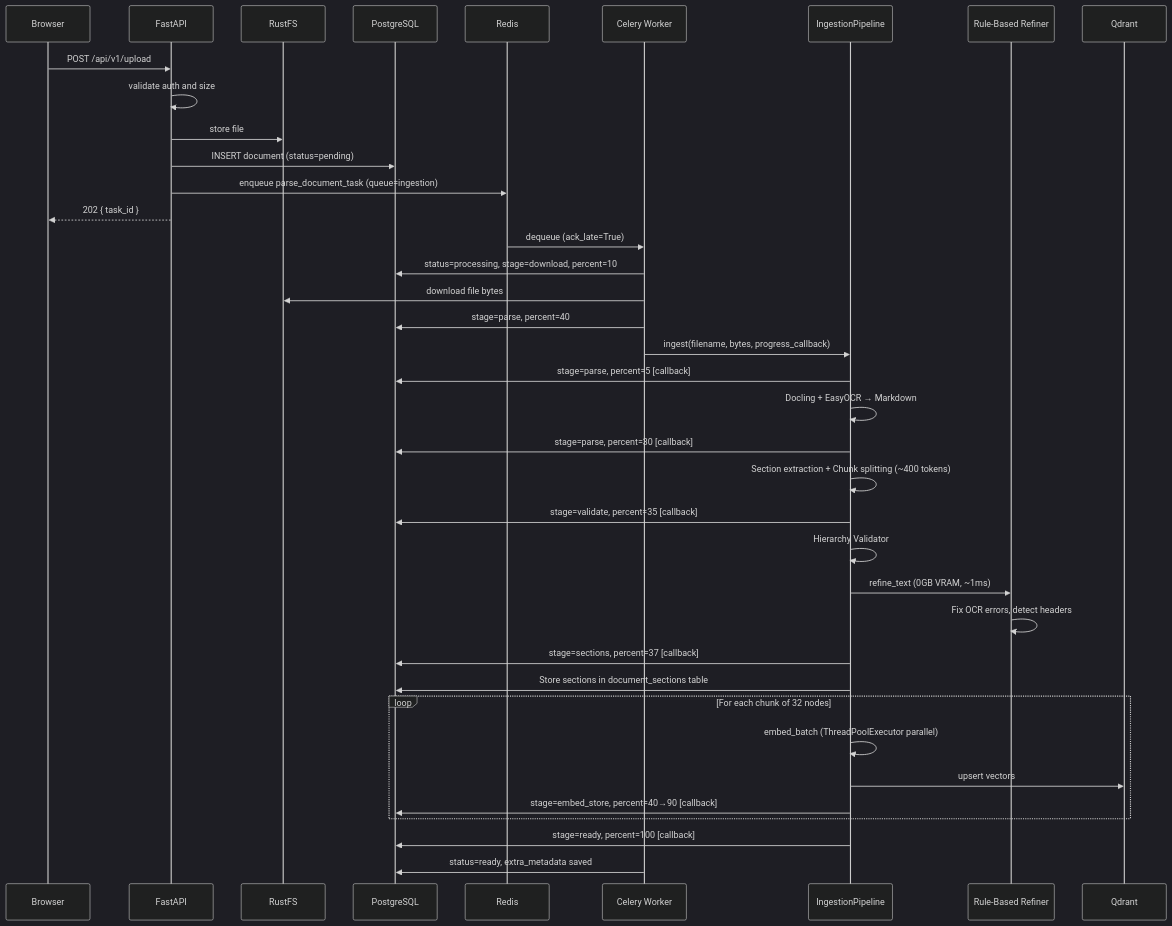
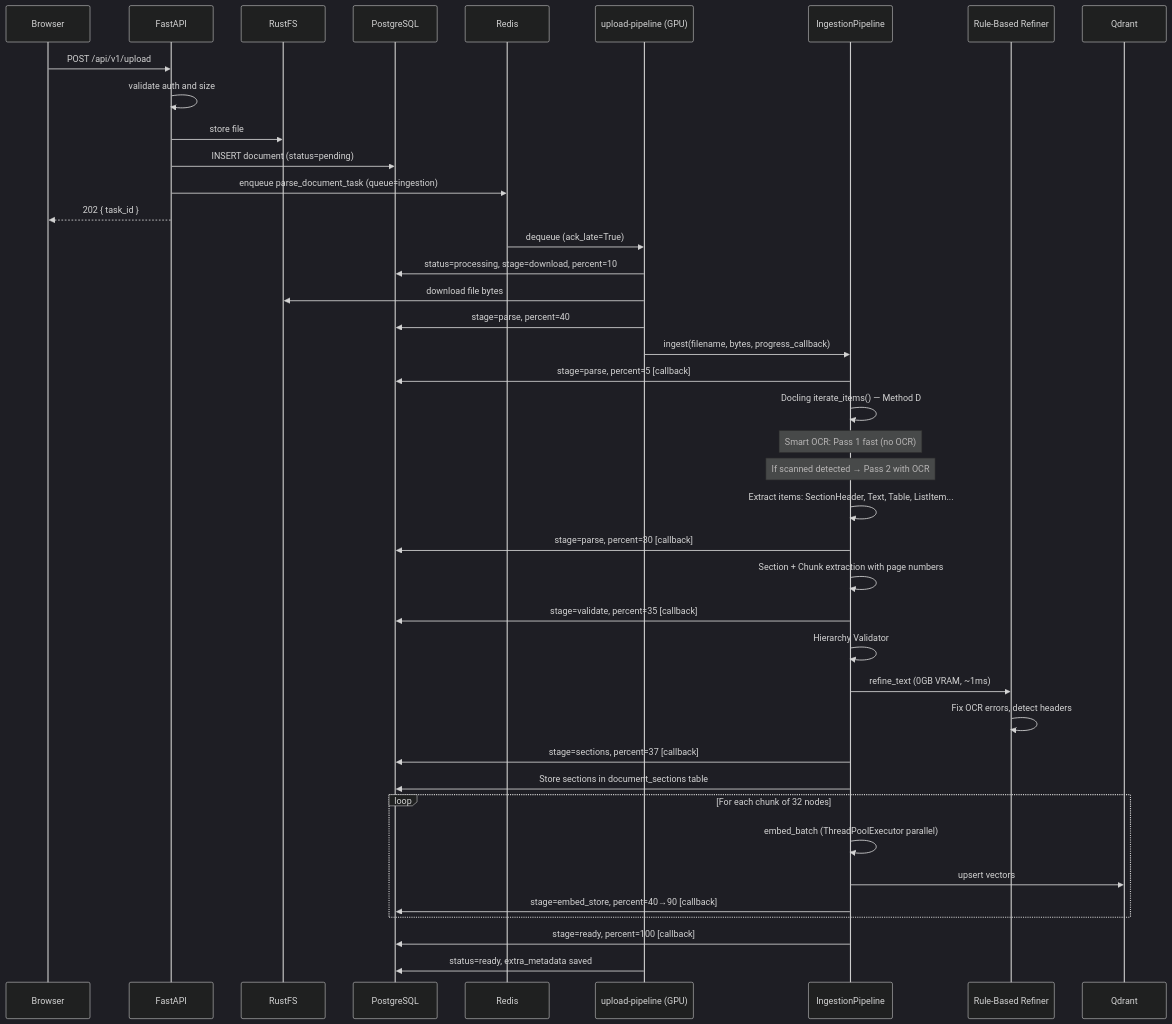
The first of 4 diagrams in docs/03_CORE_WORKFLOWS.md (qtuanph/chatbot-rag), drawn with Mermaid (dark theme) before and after one commit. The commit also changed other lines of this file and 18 other files, not shown here.

First line of the commit message:
Refactor worker architecture and enhance ingestion pipeline

````diff
--- a/docs/03_CORE_WORKFLOWS.md
+++ b/docs/03_CORE_WORKFLOWS.md
@@ -7,46 +7,49 @@
 ```mermaid
 sequenceDiagram
     participant Browser
     participant API as FastAPI
     participant RustFS
     participant DB as PostgreSQL
     participant Redis
-    participant Worker as Celery Worker
+    participant Worker as upload-pipeline (GPU)
     participant Pipeline as IngestionPipeline
     participant Refiner as Rule-Based Refiner
     participant Qdrant
 
     Browser->>API: POST /api/v1/upload
     API->>API: validate auth and size
     API->>RustFS: store file
     API->>DB: INSERT document (status=pending)
     API->>Redis: enqueue parse_document_task (queue=ingestion)
     API-->>Browser: 202 { task_id }
 
     Redis->>Worker: dequeue (ack_late=True)
     Worker->>DB: status=processing, stage=download, percent=10
     Worker->>RustFS: download file bytes
 
     Worker->>DB: stage=parse, percent=40
     Worker->>Pipeline: ingest(filename, bytes, progress_callback)
 
     Pipeline->>DB: stage=parse, percent=5  [callback]
-    Pipeline->>Pipeline: Docling + EasyOCR → Markdown
+    Pipeline->>Pipeline: Docling iterate_items() — Method D
+    Note over Pipeline: Smart OCR: Pass 1 fast (no OCR)
+    Note over Pipeline: If scanned detected → Pass 2 with OCR
+    Pipeline->>Pipeline: Extract items: SectionHeader, Text, Table, ListItem...
     Pipeline->>DB: stage=parse, percent=30 [callback]
-    Pipeline->>Pipeline: Section extraction + Chunk splitting (~400 tokens)
+    Pipeline->>Pipeline: Section + Chunk extraction with page numbers
     Pipeline->>DB: stage=validate, percent=35 [callback]
     Pipeline->>Pipeline: Hierarchy Validator
     Pipeline->>Refiner: refine_text (0GB VRAM, ~1ms)
     Refiner->>Refiner: Fix OCR errors, detect headers
     Pipeline->>DB: stage=sections, percent=37 [callback]
     Pipeline->>DB: Store sections in document_sections table
 
     loop For each chunk of 32 nodes
         Pipeline->>Pipeline: embed_batch (ThreadPoolExecutor parallel)
         Pipeline->>Qdrant: upsert vectors
         Pipeline->>DB: stage=embed_store, percent=40→90 [callback]
     end
 
     Pipeline->>DB: stage=ready, percent=100 [callback]
     Worker->>DB: status=ready, extra_metadata saved
 ```
````
